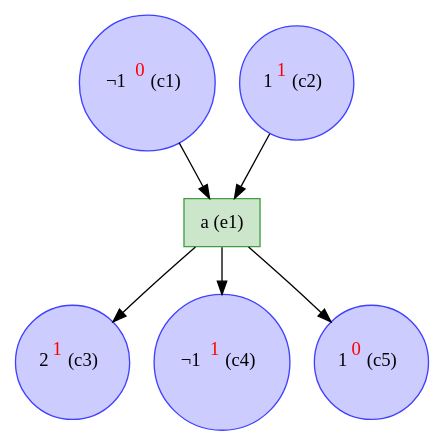
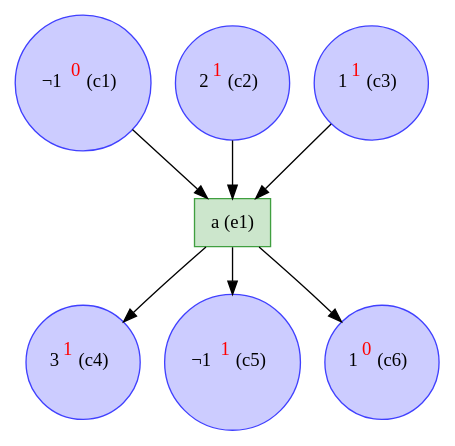
Before and after one commit to giannkas/ecofolder: the diagram in examples/infinite_reset/infinite_reset_rs_unf.dot, drawn with Graphviz. The commit also changed 93 other files, not shown here.

```diff
--- a/examples/infinite_reset/infinite_reset_rs_unf.dot
+++ b/examples/infinite_reset/infinite_reset_rs_unf.dot
@@ -1,13 +1,15 @@
 digraph test {
   c1 -> e1;
   c2 -> e1;
-  e1 -> c3;
+  c3 -> e1;
   e1 -> c4;
   e1 -> c5;
+  e1 -> c6;
   c1 [color="#4040ff" fillcolor="#ccccff" label= <¬1<FONT COLOR="red"><SUP>0</SUP></FONT>&nbsp;(c1)> shape=circle style=filled];
-  c2 [color="#4040ff" fillcolor="#ccccff" label= <1<FONT COLOR="red"><SUP>1</SUP></FONT>&nbsp;(c2)> shape=circle style=filled];
-  c3 [color="#4040ff" fillcolor="#ccccff" label= <2<FONT COLOR="red"><SUP>1</SUP></FONT>&nbsp;(c3)> shape=circle style=filled];
-  c4 [color="#4040ff" fillcolor="#ccccff" label= <¬1<FONT COLOR="red"><SUP>1</SUP></FONT>&nbsp;(c4)> shape=circle style=filled];
-  c5 [color="#4040ff" fillcolor="#ccccff" label= <1<FONT COLOR="red"><SUP>0</SUP></FONT>&nbsp;(c5)> shape=circle style=filled];
+  c2 [color="#4040ff" fillcolor="#ccccff" label= <2<FONT COLOR="red"><SUP>1</SUP></FONT>&nbsp;(c2)> shape=circle style=filled];
+  c3 [color="#4040ff" fillcolor="#ccccff" label= <1<FONT COLOR="red"><SUP>1</SUP></FONT>&nbsp;(c3)> shape=circle style=filled];
+  c4 [color="#4040ff" fillcolor="#ccccff" label= <3<FONT COLOR="red"><SUP>1</SUP></FONT>&nbsp;(c4)> shape=circle style=filled];
+  c5 [color="#4040ff" fillcolor="#ccccff" label= <¬1<FONT COLOR="red"><SUP>1</SUP></FONT>&nbsp;(c5)> shape=circle style=filled];
+  c6 [color="#4040ff" fillcolor="#ccccff" label= <1<FONT COLOR="red"><SUP>0</SUP></FONT>&nbsp;(c6)> shape=circle style=filled];
   e1 [color="#409f40" fillcolor="#cce6cc" label="a (e1)" shape=box style=filled];
 }
```
